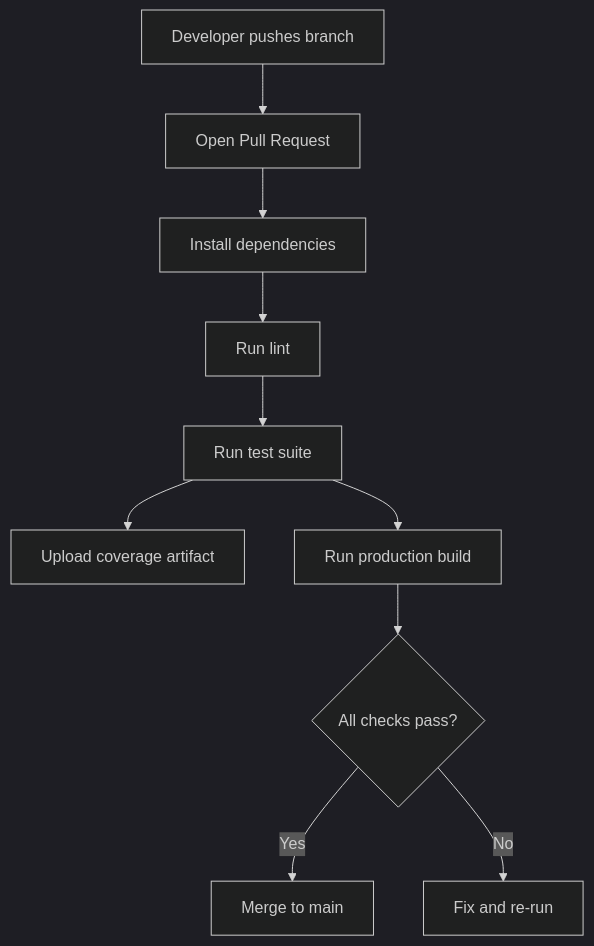
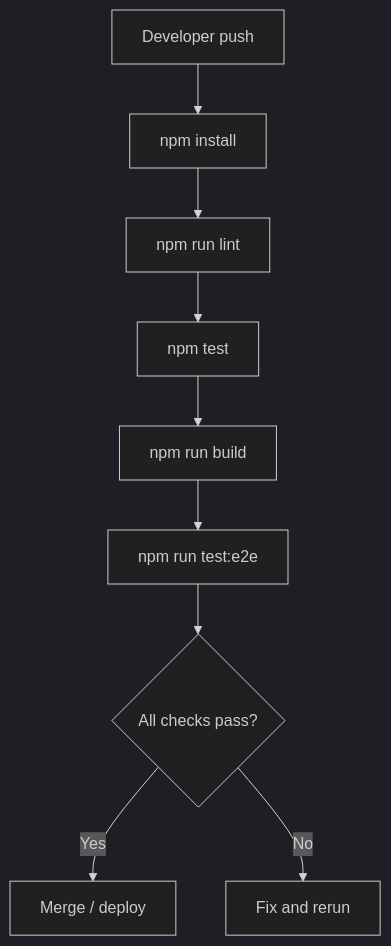
The second of 2 diagrams in docs/TESTING_STRATEGY.md (LAVE-AUTO/lavo), drawn with Mermaid (dark theme) before and after one commit. The commit also changed other lines of this file and 7 other files, not shown here.

````diff
--- a/docs/TESTING_STRATEGY.md
+++ b/docs/TESTING_STRATEGY.md
@@ -48,12 +50,11 @@
 ```mermaid
 flowchart TD
-    Dev[Developer pushes branch] --> Pr[Open Pull Request]
-    Pr --> Install[Install dependencies]
-    Install --> Lint[Run lint]
-    Lint --> Tests[Run test suite]
-    Tests --> Coverage[Upload coverage artifact]
-    Tests --> Build[Run production build]
-    Build --> Merge{All checks pass?}
-    Merge -->|Yes| Main[Merge to main]
-    Merge -->|No| Fix[Fix and re-run]
+    Dev[Developer push] --> Install[npm install]
+    Install --> Lint[npm run lint]
+    Lint --> Unit[npm test]
+    Unit --> Build[npm run build]
+    Build --> E2E[npm run test:e2e]
+    E2E --> Gate{All checks pass?}
+    Gate -->|Yes| Merge[Merge / deploy]
+    Gate -->|No| Fix[Fix and rerun]
 ```
````
